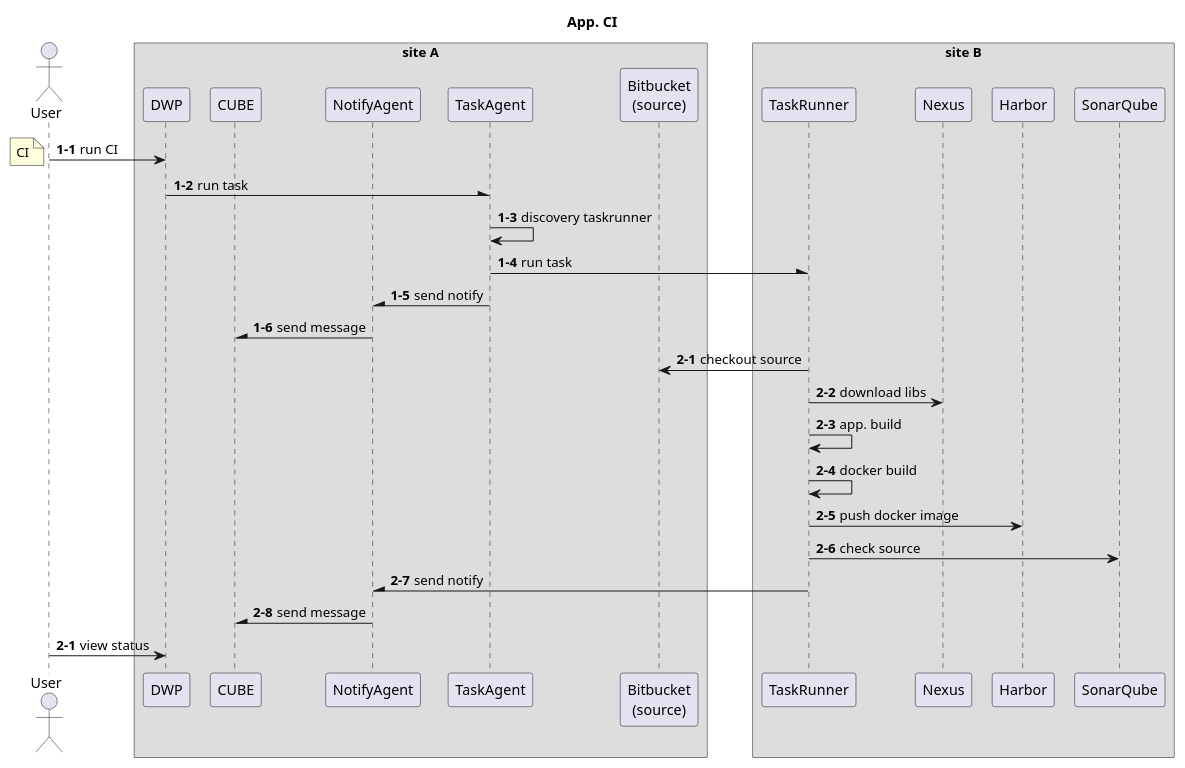
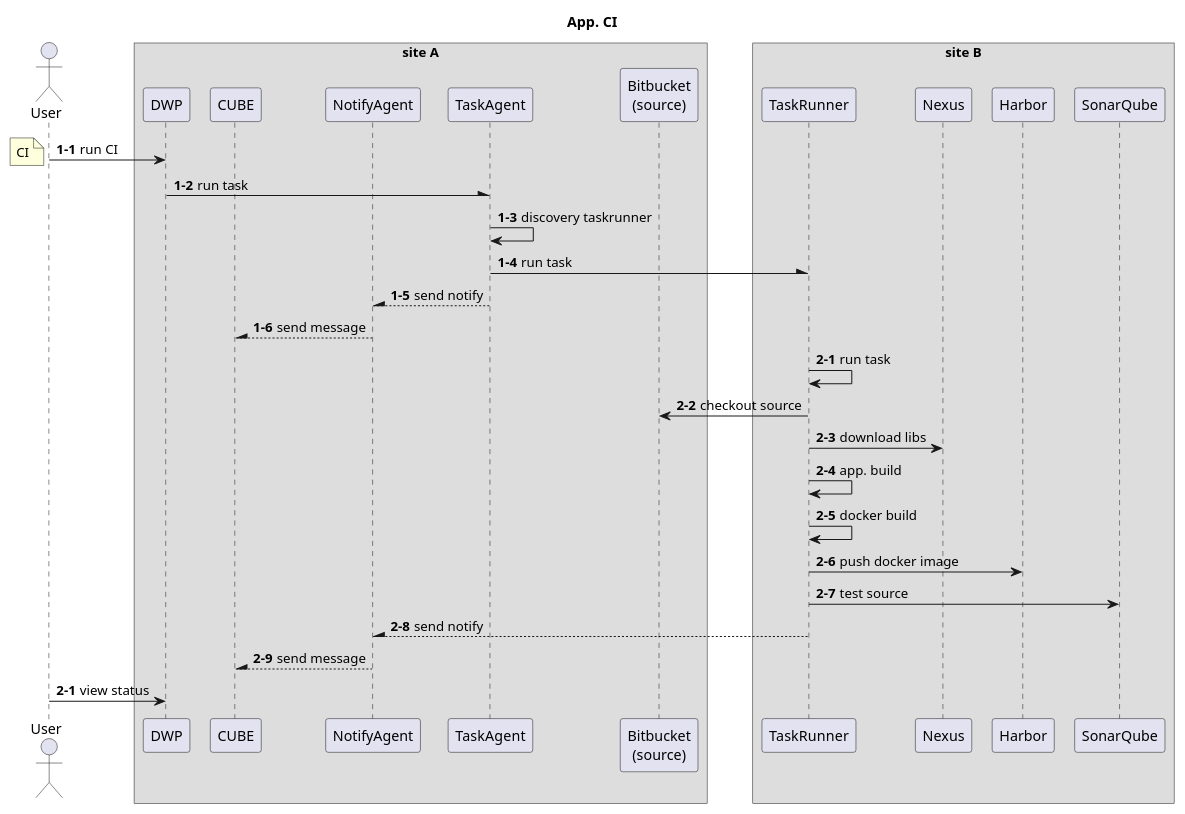
One commit to kloudbank/htdp1.github.io changed the sixth of 8 diagrams in docs/src/multi-cloud/diagram.md. Above: the diagram before and after it, drawn with PlantUML. The commit also changed other lines of this file, not shown here.

```diff
--- a/docs/src/multi-cloud/diagram.md
+++ b/docs/src/multi-cloud/diagram.md
@@ -193,45 +232,46 @@
 @startuml
 
 scale 1
 skinparam ParticipantPadding 5
 skinparam BoxPadding 5
 title "App. CI"
 
 actor User
 box "site A"
 participant DWP
 participant CUBE
 participant NotifyAgent
 participant TaskAgent
 participant "Bitbucket\n(source)" as source
 end box
 box "site B"
 participant TaskRunner
 participant Nexus
 participant Harbor
 participant SonarQube
 end box
 
 autonumber 1-1
 User -> DWP : run CI
 note left : CI
 DWP -\ TaskAgent : run task
 TaskAgent -> TaskAgent : discovery taskrunner
 TaskAgent -\ TaskRunner : run task
-TaskAgent -\ NotifyAgent : send notify
-NotifyAgent -\ CUBE : send message
+TaskAgent --\ NotifyAgent : send notify
+NotifyAgent --\ CUBE : send message
 
 autonumber 2-1
+TaskRunner -> TaskRunner : run task
 TaskRunner -> source : checkout source
 TaskRunner -> Nexus : download libs
 TaskRunner -> TaskRunner : app. build
 TaskRunner -> TaskRunner : docker build
 TaskRunner -> Harbor : push docker image
-TaskRunner -> SonarQube : check source
-TaskRunner -\ NotifyAgent : send notify
-NotifyAgent -\ CUBE : send message
+TaskRunner -> SonarQube : test source
+TaskRunner --\ NotifyAgent : send notify
+NotifyAgent --\ CUBE : send message
 
 autonumber 2-1
 User -> DWP : view status
 
 @enduml
```
